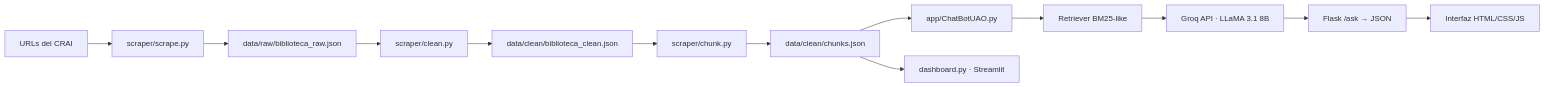
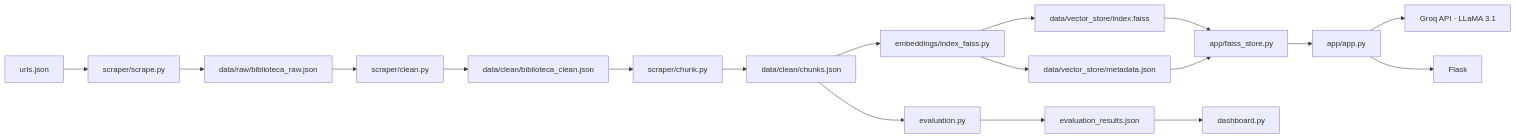
Before and after one commit to ShadowBlack33/ChatBot-UAO: the first of 2 diagrams in README.md, drawn with Mermaid. The commit also changed other lines of this file and 14 other files, not shown here.

Commit message:
Update dashboard, evaluation and run script

````diff
--- a/README.md
+++ b/README.md
@@ -61,15 +63,20 @@
 ```mermaid
 flowchart LR
-  A[URLs del CRAI] --> B[scraper/scrape.py]
+  A[urls.json] --> B[scraper/scrape.py]
   B --> C[data/raw/biblioteca_raw.json]
   C --> D[scraper/clean.py]
   D --> E[data/clean/biblioteca_clean.json]
   E --> F[scraper/chunk.py]
   F --> G[data/clean/chunks.json]
-  G --> H[app/ChatBotUAO.py]
-  H --> I[Retriever BM25-like]
-  I --> J[Groq API · LLaMA 3.1 8B]
-  J --> K[Flask /ask → JSON]
-  K --> L[Interfaz HTML/CSS/JS]
-  G --> M[dashboard.py · Streamlit]
+  G --> H[embeddings/index_faiss.py]
+  H --> I[data/vector_store/index.faiss]
+  H --> J[data/vector_store/metadata.json]
+  I --> K[app/faiss_store.py]
+  J --> K
+  K --> L[app/app.py]
+  L --> M[Groq API · LLaMA 3.1]
+  L --> N[Flask]
+  G --> O[evaluation.py]
+  O --> P[evaluation_results.json]
+  P --> Q[dashboard.py]
 ```
````
